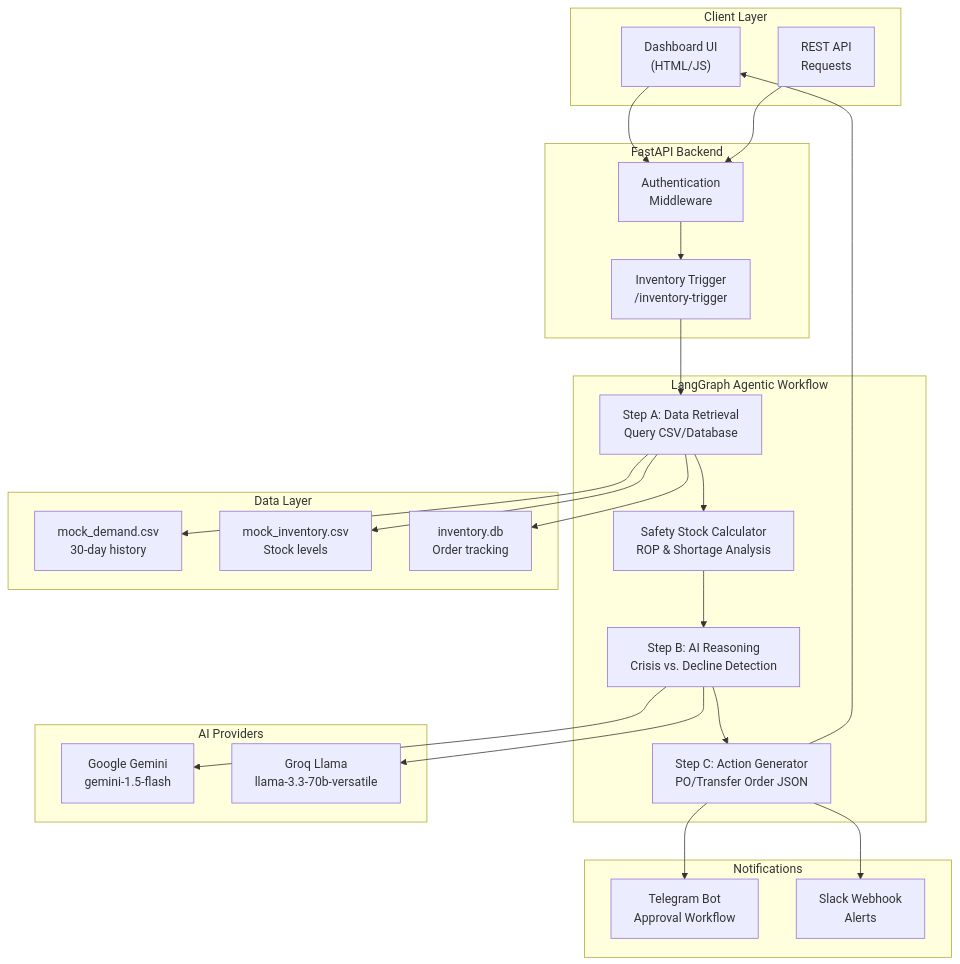
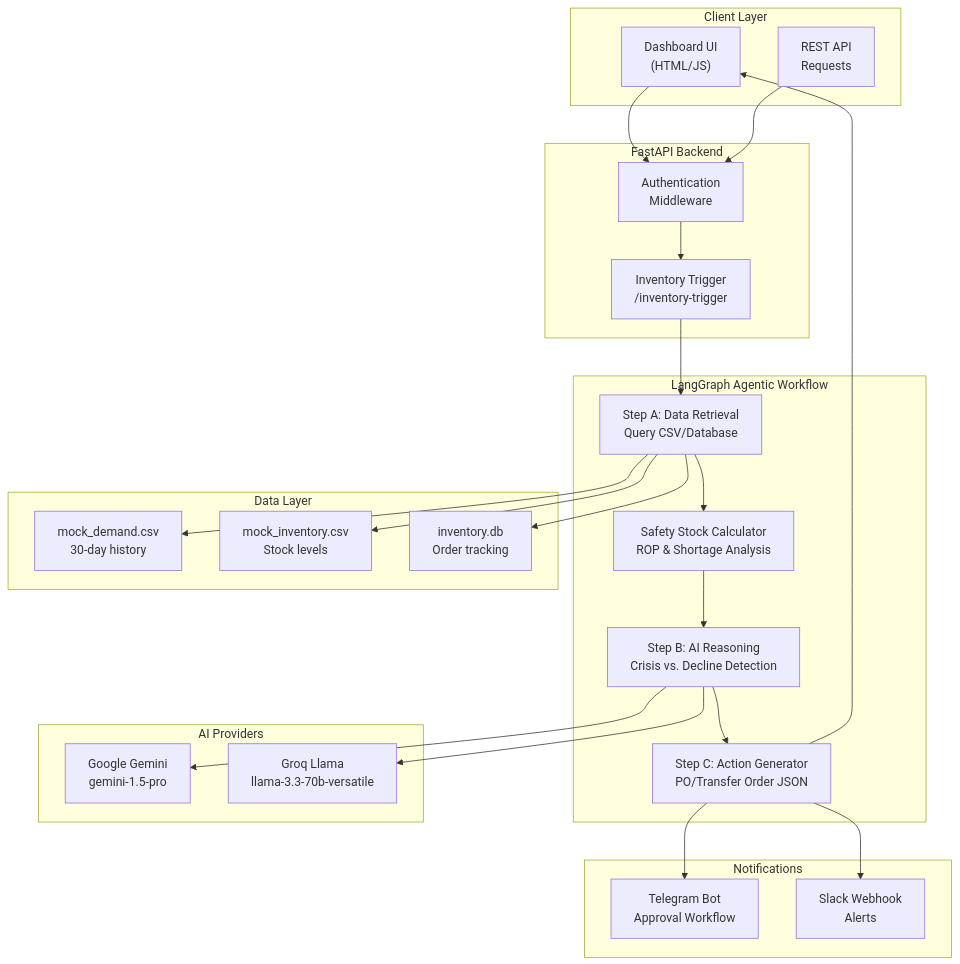
The diagram in README.md (HemantSudarshan/Agentic-Inventory-Restocking-Servic), drawn with Mermaid before and after one commit. The commit also changed other lines of this file and 2 other files, not shown here.

````diff
--- a/README.md
+++ b/README.md
@@ -77,51 +77,51 @@
 ```mermaid
 flowchart TB
     subgraph Client ["Client Layer"]
         Dashboard["Dashboard UI<br>(HTML/JS)"]
         RESTAPI["REST API<br>Requests"]
     end
 
     subgraph Backend ["FastAPI Backend"]
         Auth["Authentication<br>Middleware"]
         Trigger["Inventory Trigger<br>/inventory-trigger"]
     end
 
     subgraph Workflow ["LangGraph Agentic Workflow"]
         DataNode["Step A: Data Retrieval<br>Query CSV/Database"]
         SafetyNode["Safety Stock Calculator<br>ROP & Shortage Analysis"]
         ReasonNode["Step B: AI Reasoning<br>Crisis vs. Decline Detection"]
         ActionNode["Step C: Action Generator<br>PO/Transfer Order JSON"]
     end
 
     subgraph Data ["Data Layer"]
         DemandCSV["mock_demand.csv<br>30-day history"]
         InventoryCSV["mock_inventory.csv<br>Stock levels"]
         DB["inventory.db<br>Order tracking"]
     end
 
     subgraph AI ["AI Providers"]
-        Gemini["Google Gemini<br>gemini-1.5-flash"]
+        Gemini["Google Gemini<br>gemini-1.5-pro"]
         Groq["Groq Llama<br>llama-3.3-70b-versatile"]
     end
 
     subgraph Notify ["Notifications"]
         Telegram["Telegram Bot<br>Approval Workflow"]
         Slack["Slack Webhook<br>Alerts"]
     end
 
     Dashboard --> Auth
     RESTAPI --> Auth
     Auth --> Trigger
     Trigger --> DataNode
     DataNode --> DemandCSV
     DataNode --> InventoryCSV
     DataNode --> DB
     DataNode --> SafetyNode
     SafetyNode --> ReasonNode
     ReasonNode --> Gemini
     ReasonNode --> Groq
     ReasonNode --> ActionNode
     ActionNode --> Telegram
     ActionNode --> Slack
     ActionNode --> Dashboard
 ```
````
